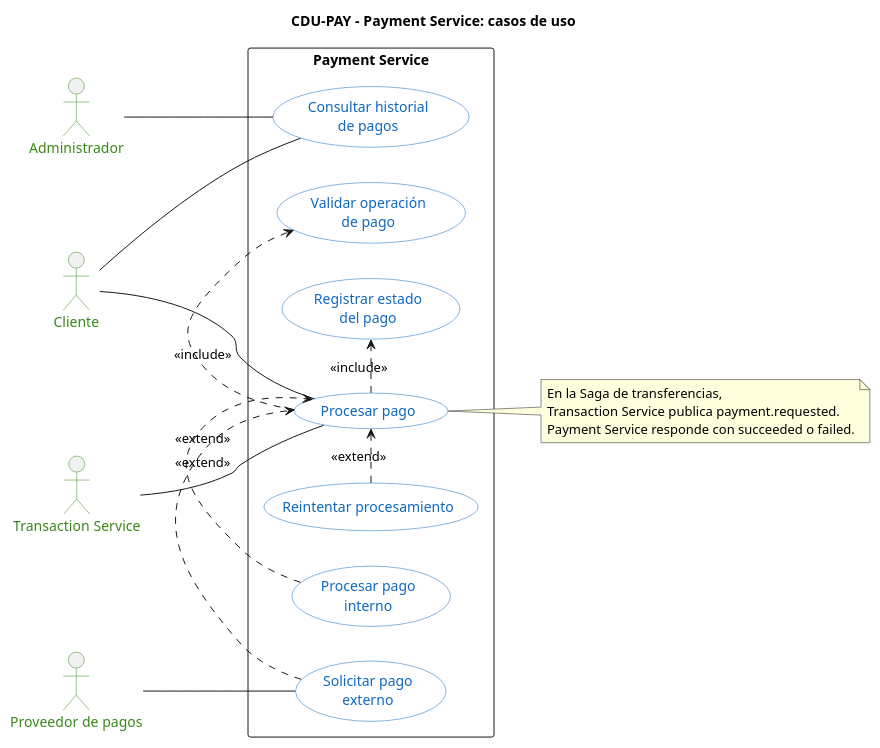
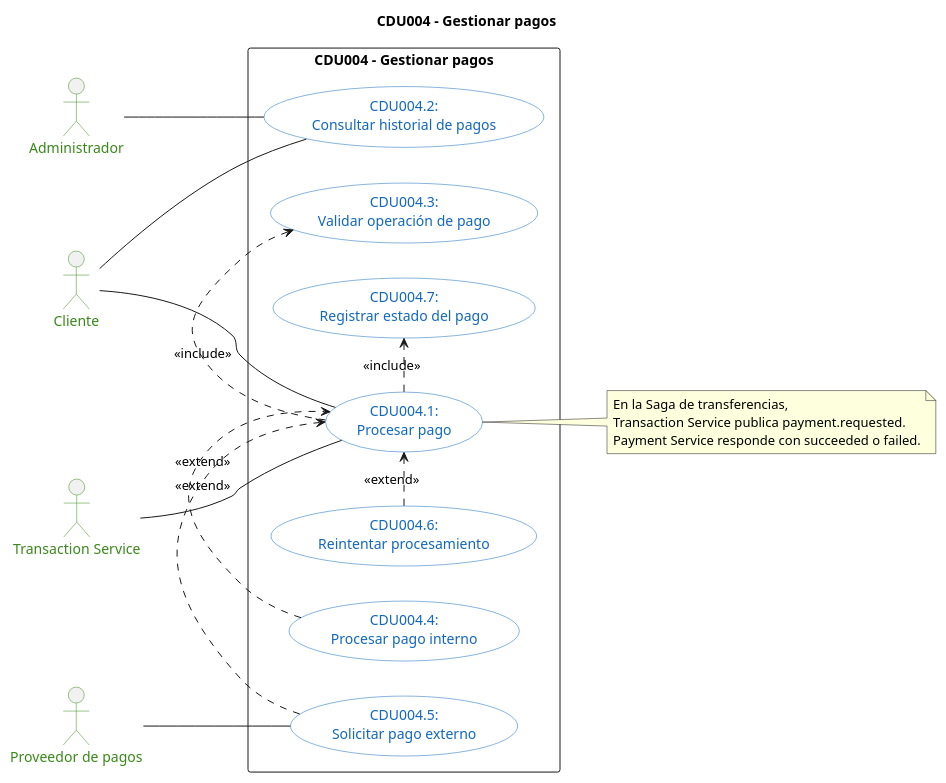
The diagram in docs/architecture/diagrams/cdu/payment/payment-casos-de-uso.puml (marcosbondel/Proyecto-SA-B-2), drawn with PlantUML before and after one commit. The commit also changed 62 other files, not shown here.

Commit message:
Reorganize CDU diagrams by numbered use cases

```diff
--- a/docs/architecture/diagrams/cdu/payment/payment-casos-de-uso.puml
+++ b/docs/architecture/diagrams/cdu/payment/payment-casos-de-uso.puml
@@ -1,50 +1,50 @@
 @startuml payment-casos-de-uso
 left to right direction
 
-title CDU-PAY - Payment Service: casos de uso
+title CDU004 - Gestionar pagos
 
 skinparam shadowing false
 skinparam packageStyle rectangle
 skinparam usecase {
     BackgroundColor #FFFFFF
     BorderColor #1168BD
     FontColor #1168BD
 }
 skinparam actor {
     BorderColor #398819
     FontColor #398819
 }
 
-actor "Cliente" as cliente
-actor "Administrador" as admin
-actor "Transaction Service" as transaction
-actor "Proveedor de pagos" as provider
+actor "Cliente" as actor_payment_customer
+actor "Administrador" as actor_payment_admin
+actor "Transaction Service" as actor_payment_transaction
+actor "Proveedor de pagos" as actor_payment_provider
 
-rectangle "Payment Service" as payment {
-    usecase "Procesar pago" as process
-    usecase "Validar operación\nde pago" as validate
-    usecase "Procesar pago\ninterno" as internal
-    usecase "Solicitar pago\nexterno" as external
-    usecase "Reintentar procesamiento" as retry
-    usecase "Registrar estado\ndel pago" as record
-    usecase "Consultar historial\nde pagos" as history
+rectangle "CDU004 - Gestionar pagos" as system_payment {
+    usecase "CDU004.1:\nProcesar pago" as uc_payment_process
+    usecase "CDU004.2:\nConsultar historial de pagos" as uc_payment_history
+    usecase "CDU004.3:\nValidar operación de pago" as uc_payment_validate
+    usecase "CDU004.4:\nProcesar pago interno" as uc_payment_internal
+    usecase "CDU004.5:\nSolicitar pago externo" as uc_payment_external
+    usecase "CDU004.6:\nReintentar procesamiento" as uc_payment_retry
+    usecase "CDU004.7:\nRegistrar estado del pago" as uc_payment_record
 }
 
-cliente -- process
-cliente -- history
-admin -- history
-transaction -- process
-provider -- external
+actor_payment_customer -- uc_payment_process
+actor_payment_customer -- uc_payment_history
+actor_payment_admin -- uc_payment_history
+actor_payment_transaction -- uc_payment_process
+actor_payment_provider -- uc_payment_external
 
-process .> validate : <<include>>
-process .> record : <<include>>
-internal .> process : <<extend>>
-external .> process : <<extend>>
-retry .> process : <<extend>>
+uc_payment_process .> uc_payment_validate : <<include>>
+uc_payment_process .> uc_payment_record : <<include>>
+uc_payment_internal .> uc_payment_process : <<extend>>
+uc_payment_external .> uc_payment_process : <<extend>>
+uc_payment_retry .> uc_payment_process : <<extend>>
 
-note right of process
+note right of uc_payment_process
     En la Saga de transferencias,
     Transaction Service publica payment.requested.
     Payment Service responde con succeeded o failed.
 end note
 @enduml
```
